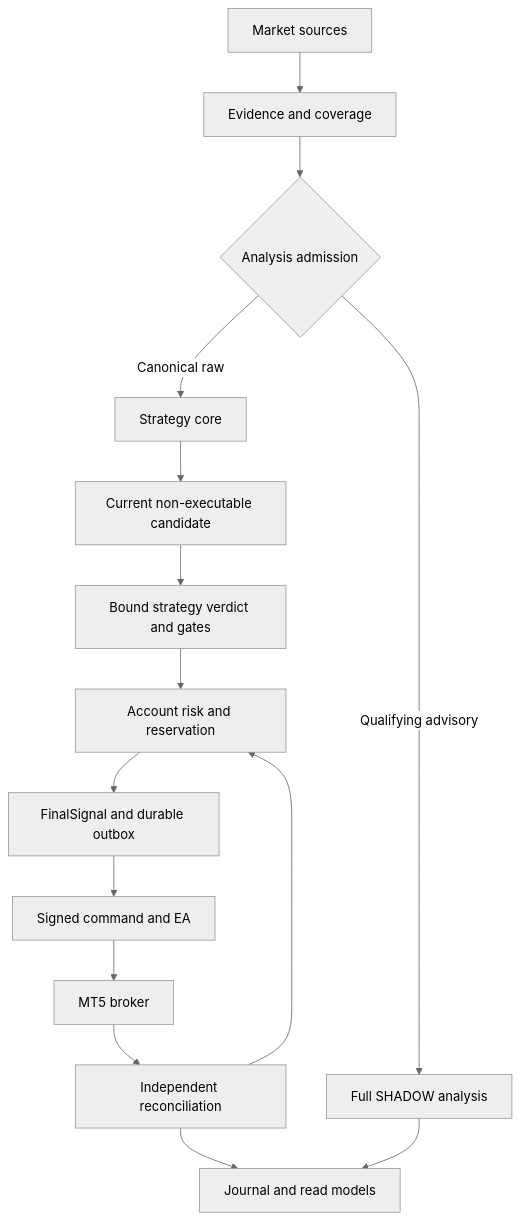
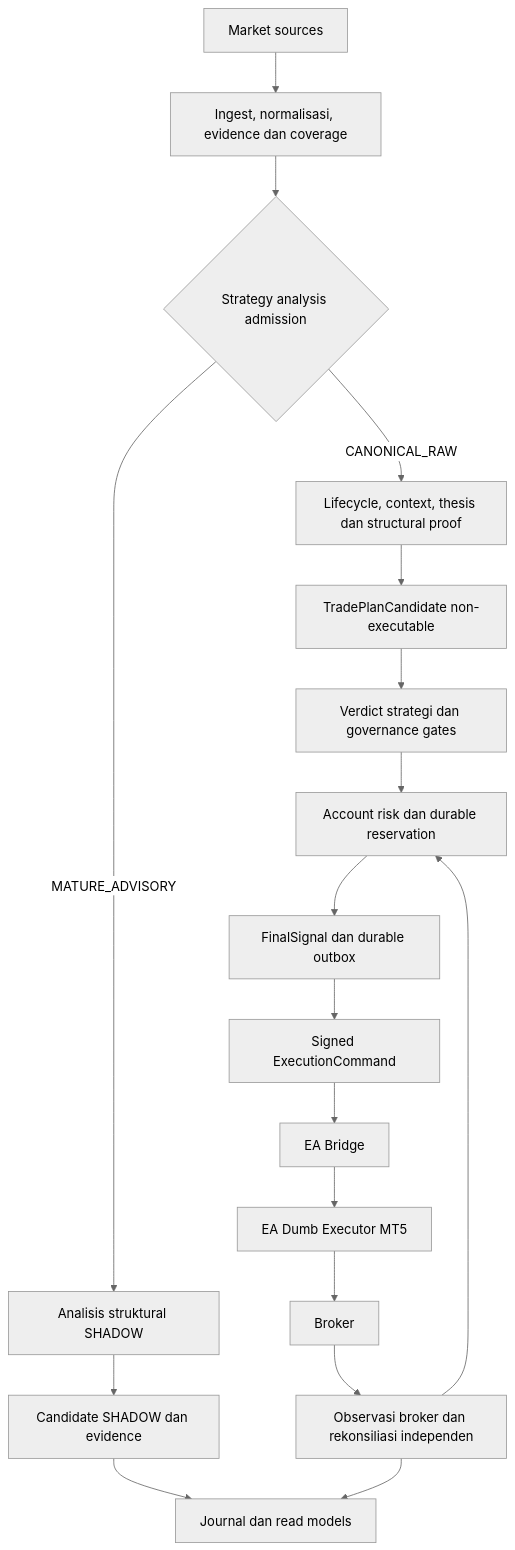
The diagram in README.md (tjx578/TUYUL-FX-WOLF-15LAYER-SYSTEM), drawn with Mermaid (neutral theme) before and after one commit. The commit also changed other lines of this file, not shown here.

````diff
--- a/README.md
+++ b/README.md
@@ -148,17 +53,23 @@
 ```mermaid
 flowchart TD
-  A["Market sources"] --> B["Evidence and coverage"]
-  B --> C{"Analysis admission"}
-  C -->|"Canonical raw"| D["Strategy core"]
-  C -->|"Qualifying advisory"| E["Full SHADOW analysis"]
-  D --> F["Current non-executable candidate"]
-  F --> G["Bound strategy verdict and gates"]
-  G --> H["Account risk and reservation"]
-  H --> I["FinalSignal and durable outbox"]
-  I --> J["Signed command and EA"]
-  J --> K["MT5 broker"]
-  K --> L["Independent reconciliation"]
-  L --> H
-  L --> M["Journal and read models"]
-  E --> M
+  A["Market sources"] --> B["Ingest, normalisasi, evidence dan coverage"]
+  B --> C{"Strategy analysis admission"}
+
+  C -->|CANONICAL_RAW| D["Lifecycle, context, thesis dan structural proof"]
+  D --> E["TradePlanCandidate non-executable"]
+  E --> F["Verdict strategi dan governance gates"]
+  F --> G["Account risk dan durable reservation"]
+  G --> H["FinalSignal dan durable outbox"]
+  H --> I["Signed ExecutionCommand"]
+  I --> J["EA Bridge"]
+  J --> K["EA Dumb Executor MT5"]
+  K --> L["Broker"]
+
+  C -->|MATURE_ADVISORY| S["Analisis struktural SHADOW"]
+  S --> T["Candidate SHADOW dan evidence"]
+  T --> U["Journal dan read models"]
+
+  L --> M["Observasi broker dan rekonsiliasi independen"]
+  M --> G
+  M --> U
 ```
````
